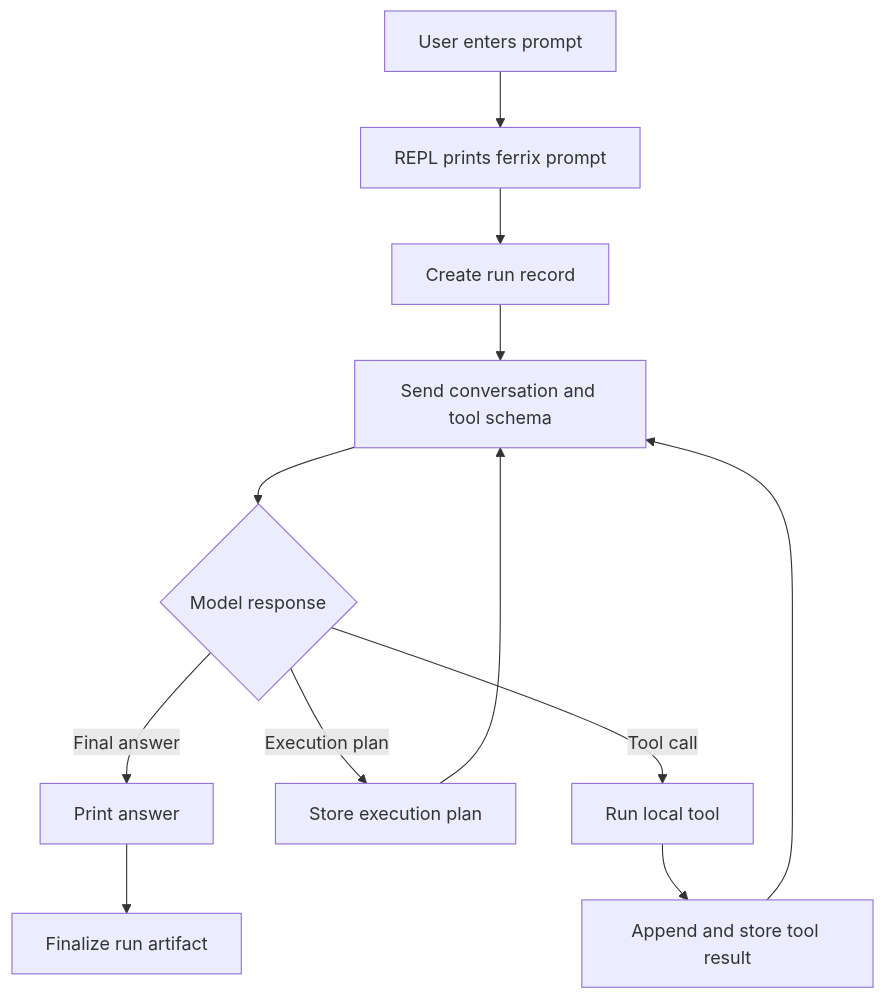
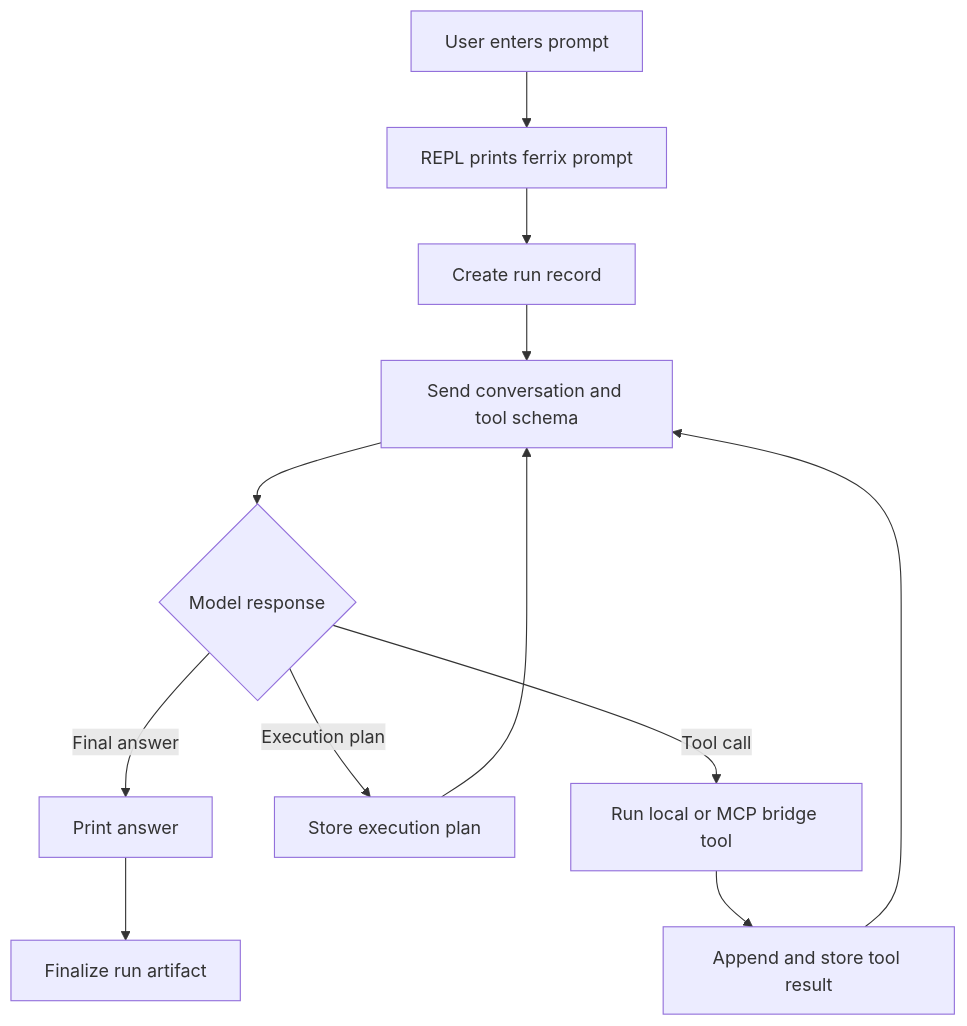
Before and after one commit to wolfeidau/ferrix: the diagram in README.md, drawn with Mermaid. The commit also changed other lines of this file and 9 other files, not shown here.

First line of the commit message:
feat: add MCP tool bridge

````diff
--- a/README.md
+++ b/README.md
@@ -47,14 +77,14 @@
 ```mermaid
 flowchart TD
     UserInput["User enters prompt"] --> Repl["REPL prints ferrix prompt"]
     Repl --> StartRun["Create run record"]
     StartRun --> ModelCall["Send conversation and tool schema"]
     ModelCall --> Decision{"Model response"}
     Decision -->|"Final answer"| PrintAnswer["Print answer"]
     Decision -->|"Execution plan"| SavePlan["Store execution plan"]
     SavePlan --> ModelCall
-    Decision -->|"Tool call"| RunTool["Run local tool"]
+    Decision -->|"Tool call"| RunTool["Run local or MCP bridge tool"]
     RunTool --> ToolResult["Append and store tool result"]
     ToolResult --> ModelCall
     PrintAnswer --> CompleteRun["Finalize run artifact"]
 ```
````
